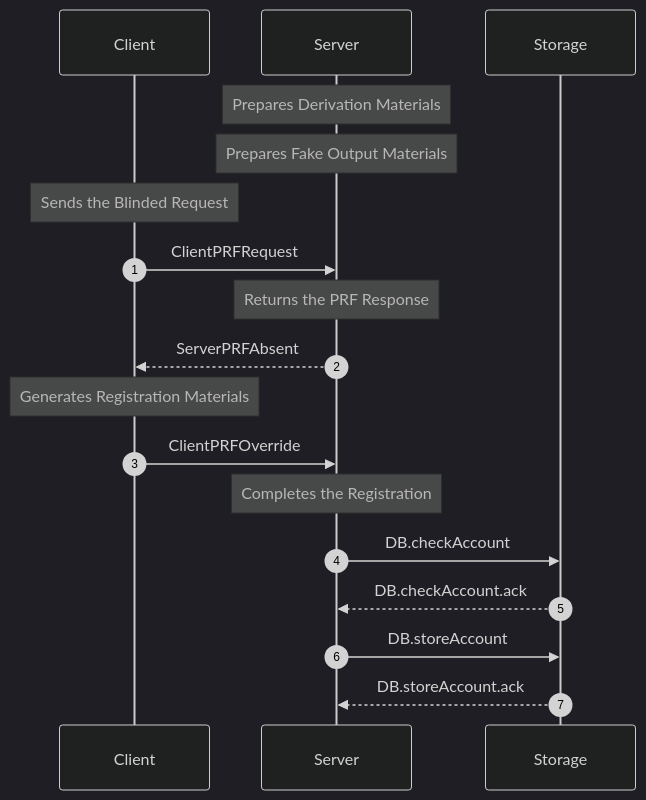
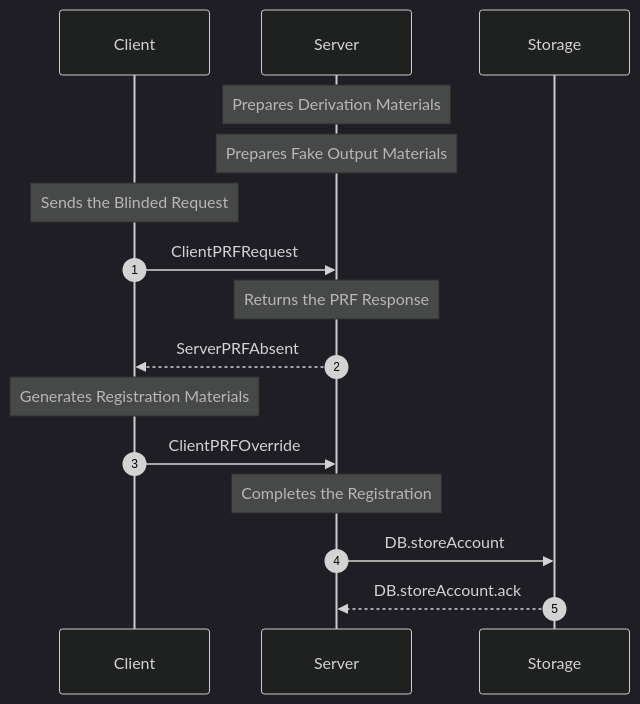
One commit to teaconmc/oolong-vote-proof changed the seventh of 12 diagrams in docs/README.md. Above: the diagram before and after it, drawn with Mermaid (dark theme). The commit also changed other lines of this file, not shown here.

Commit message:
docs: align storage primitives and account flow

````diff
--- a/docs/README.md
+++ b/docs/README.md
@@ -396,23 +377,18 @@
 ```mermaid
 sequenceDiagram
     autonumber
     participant C as Client
     participant S as Server
     participant DB as Storage
-
     Note over S: Prepares Derivation Materials
     Note over S: Prepares Fake Output Materials
     Note over C: Sends the Blinded Request
-    C->>S: ClientPRFRequest
+    C ->> S: ClientPRFRequest
     Note over S: Returns the PRF Response
-    S-->>C: ServerPRFAbsent
-
+    S -->> C: ServerPRFAbsent
     Note over C: Generates Registration Materials
-    C->>S: ClientPRFOverride
+    C ->> S: ClientPRFOverride
     Note over S: Completes the Registration
-    S->>DB: DB.checkAccount
-    DB-->>S: DB.checkAccount.ack
-
-    S->>DB: DB.storeAccount
-    DB-->>S: DB.storeAccount.ack
+    S ->> DB: DB.storeAccount
+    DB -->> S: DB.storeAccount.ack
 ```
````
